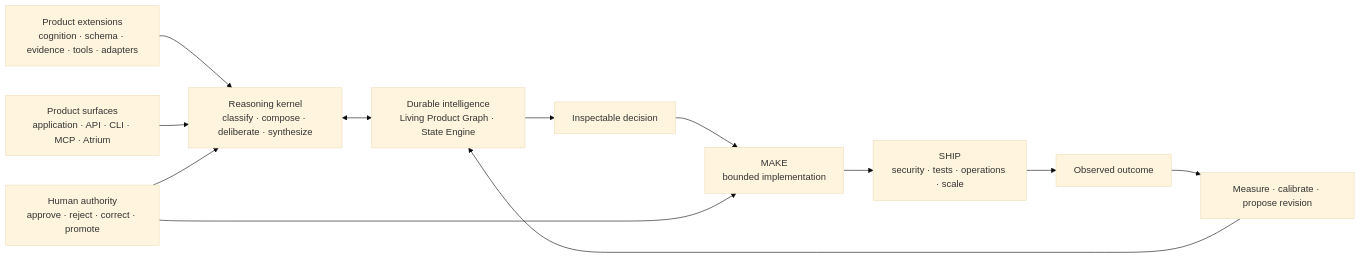
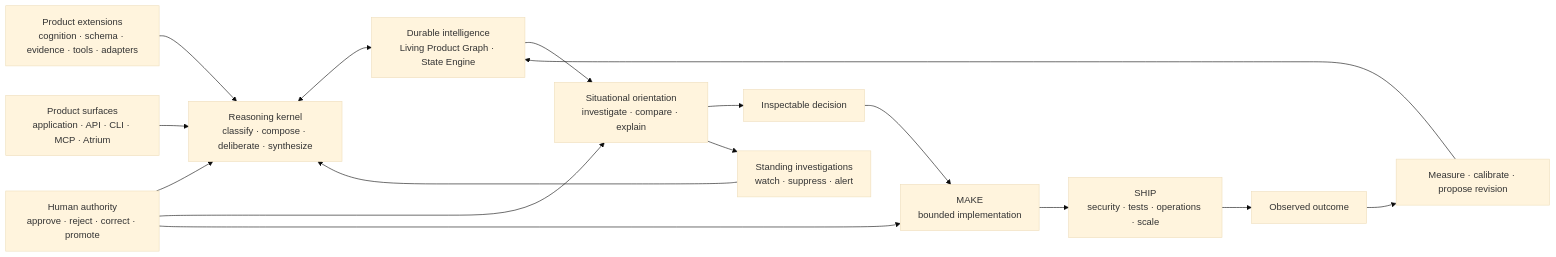
The diagram in ROADMAP.md (augmented-cognition-engine/core), drawn with Mermaid (base theme) before and after one commit. The commit also changed other lines of this file, not shown here.

Commit message:
Expand Reasoning OS release roadmap

````diff
--- a/ROADMAP.md
+++ b/ROADMAP.md
@@ -261,14 +371,18 @@
 ```mermaid
 flowchart LR
     EXT["Product extensions<br/>cognition · schema · evidence · tools · adapters"] --> CORE
     SURF["Product surfaces<br/>application · API · CLI · MCP · Atrium"] --> CORE
     HUMAN["Human authority<br/>approve · reject · correct · promote"] --> CORE
     CORE["Reasoning kernel<br/>classify · compose · deliberate · synthesize"] <--> STATE
-    STATE["Durable intelligence<br/>Living Product Graph · State Engine"] --> DECIDE
+    STATE["Durable intelligence<br/>Living Product Graph · State Engine"] --> ORIENT
+    ORIENT["Situational orientation<br/>investigate · compare · explain"] --> DECIDE
+    HUMAN --> ORIENT
+    ORIENT --> WATCH["Standing investigations<br/>watch · suppress · alert"]
+    WATCH --> CORE
     DECIDE["Inspectable decision"] --> MAKE
     HUMAN --> MAKE
     MAKE["MAKE<br/>bounded implementation"] --> SHIP
     SHIP["SHIP<br/>security · tests · operations · scale"] --> OUTCOME
     OUTCOME["Observed outcome"] --> LEARN
     LEARN["Measure · calibrate · propose revision"] --> STATE
 ```
````
